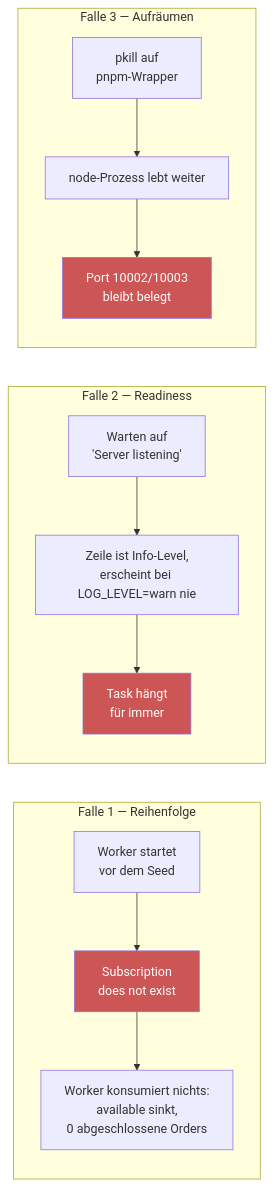
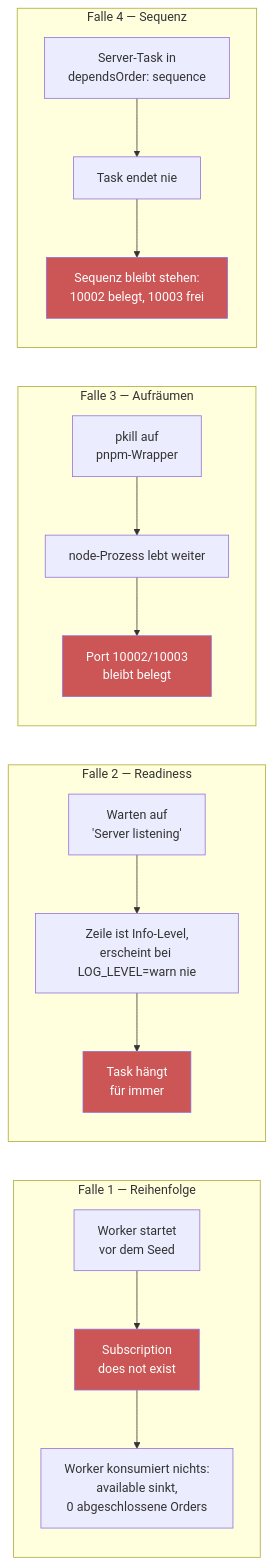
The fourth of 10 diagrams in RUNBOOK.md (schuler-ph/high-frequency-ticket-system), drawn with Mermaid before and after one commit. The commit also changed other lines of this file and 2 other files, not shown here.

````diff
--- a/RUNBOOK.md
+++ b/RUNBOOK.md
@@ -103,19 +116,24 @@
 ```mermaid
 flowchart LR
     subgraph P1["Falle 1 — Reihenfolge"]
         A1["Worker startet<br/>vor dem Seed"] --> A2["Subscription<br/>does not exist"]
         A2 --> A3["Worker konsumiert nichts:<br/>available sinkt,<br/>0 abgeschlossene Orders"]
     end
     subgraph P2["Falle 2 — Readiness"]
         B1["Warten auf<br/>'Server listening'"] --> B2["Zeile ist Info-Level,<br/>erscheint bei LOG_LEVEL=warn nie"]
         B2 --> B3["Task hängt<br/>für immer"]
     end
     subgraph P3["Falle 3 — Aufräumen"]
         C1["pkill auf<br/>pnpm-Wrapper"] --> C2["node-Prozess lebt weiter"]
         C2 --> C3["Port 10002/10003<br/>bleibt belegt"]
     end
+    subgraph P4["Falle 4 — Sequenz"]
+        D1["Server-Task in<br/>dependsOrder: sequence"] --> D2["Task endet nie"]
+        D2 --> D3["Sequenz bleibt stehen:<br/>10002 belegt, 10003 frei"]
+    end
 
     style A2 fill:#c55,color:#fff
     style B3 fill:#c55,color:#fff
     style C3 fill:#c55,color:#fff
+    style D3 fill:#c55,color:#fff
 ```
````
